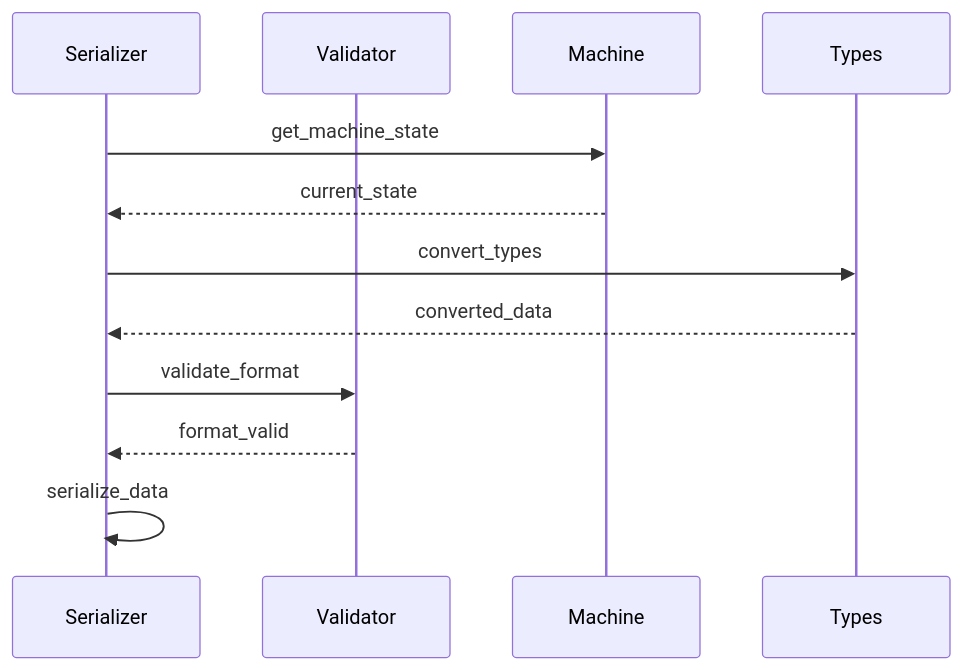
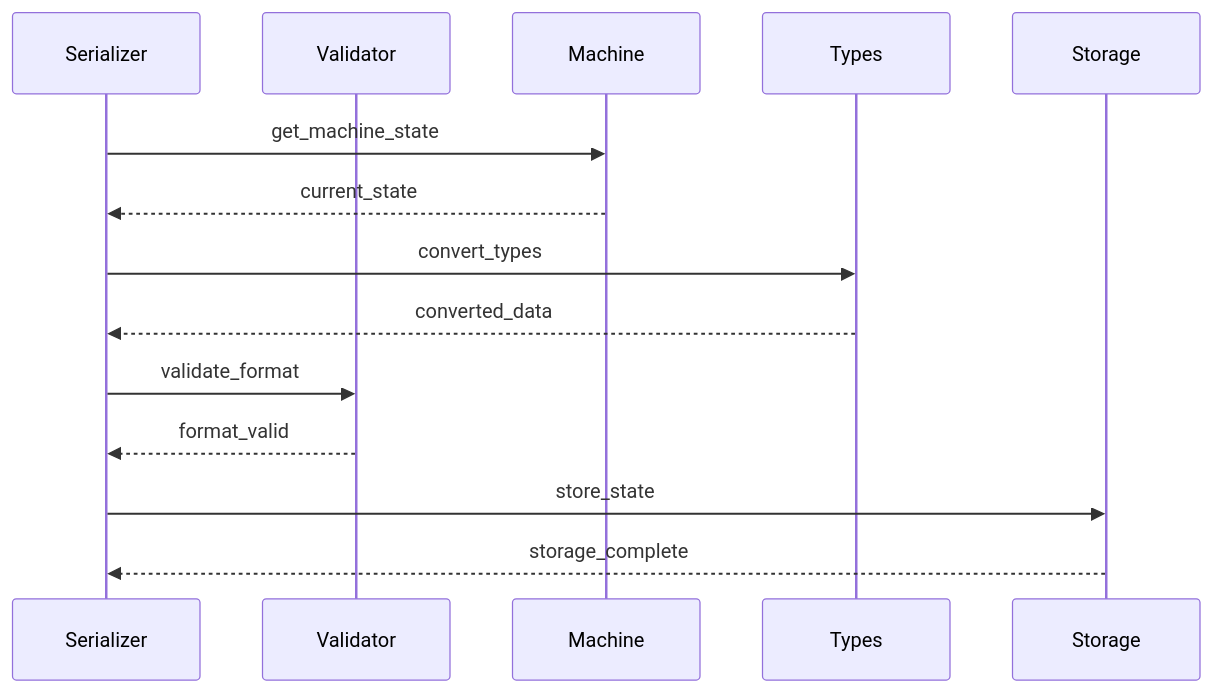
One commit to Brad-Edwards/gotstate changed the seventh of 12 diagrams in docs/architecture/file/interaction_protocols.md. Above: the diagram before and after it, drawn with Mermaid. The commit also changed other lines of this file and 8 other files, not shown here.

````diff
--- a/docs/architecture/file/interaction_protocols.md
+++ b/docs/architecture/file/interaction_protocols.md
@@ -99,15 +121,17 @@
 ```mermaid
 sequenceDiagram
     participant Serializer
     participant Validator
     participant Machine
     participant Types
+    participant Storage
 
     Serializer->>Machine: get_machine_state
     Machine-->>Serializer: current_state
     Serializer->>Types: convert_types
     Types-->>Serializer: converted_data
     Serializer->>Validator: validate_format
     Validator-->>Serializer: format_valid
-    Serializer->>Serializer: serialize_data
+    Serializer->>Storage: store_state
+    Storage-->>Serializer: storage_complete
 ```
````
